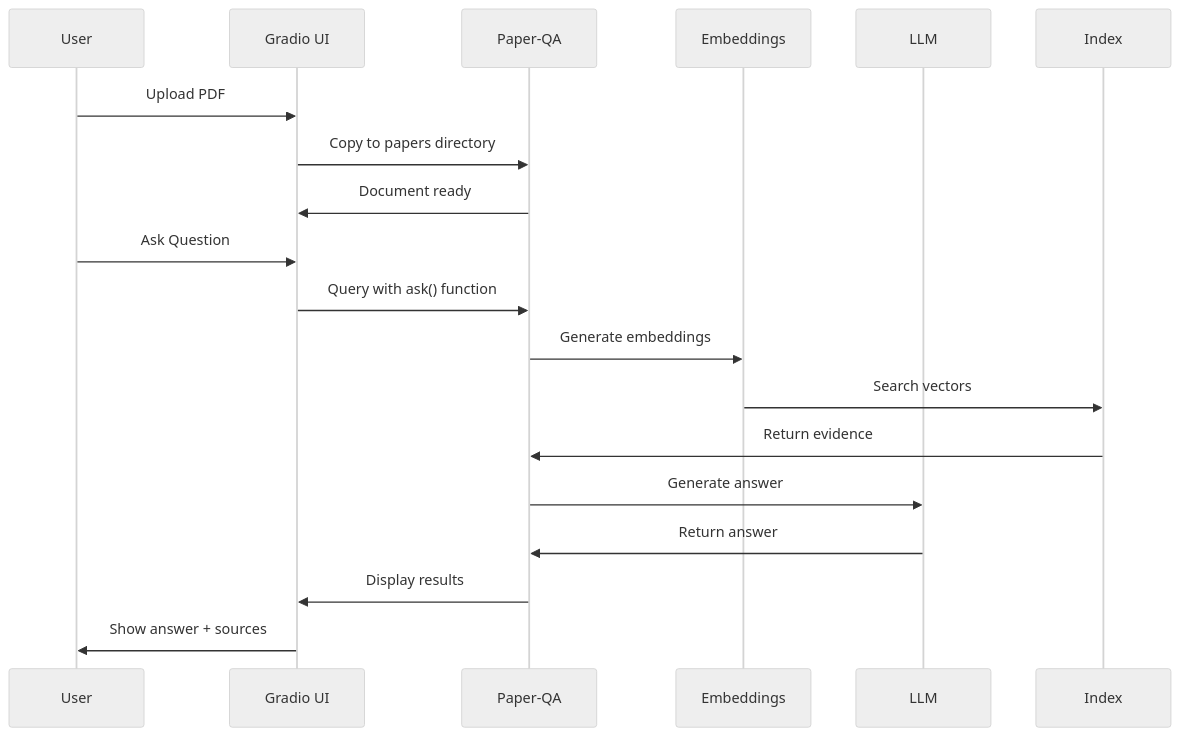
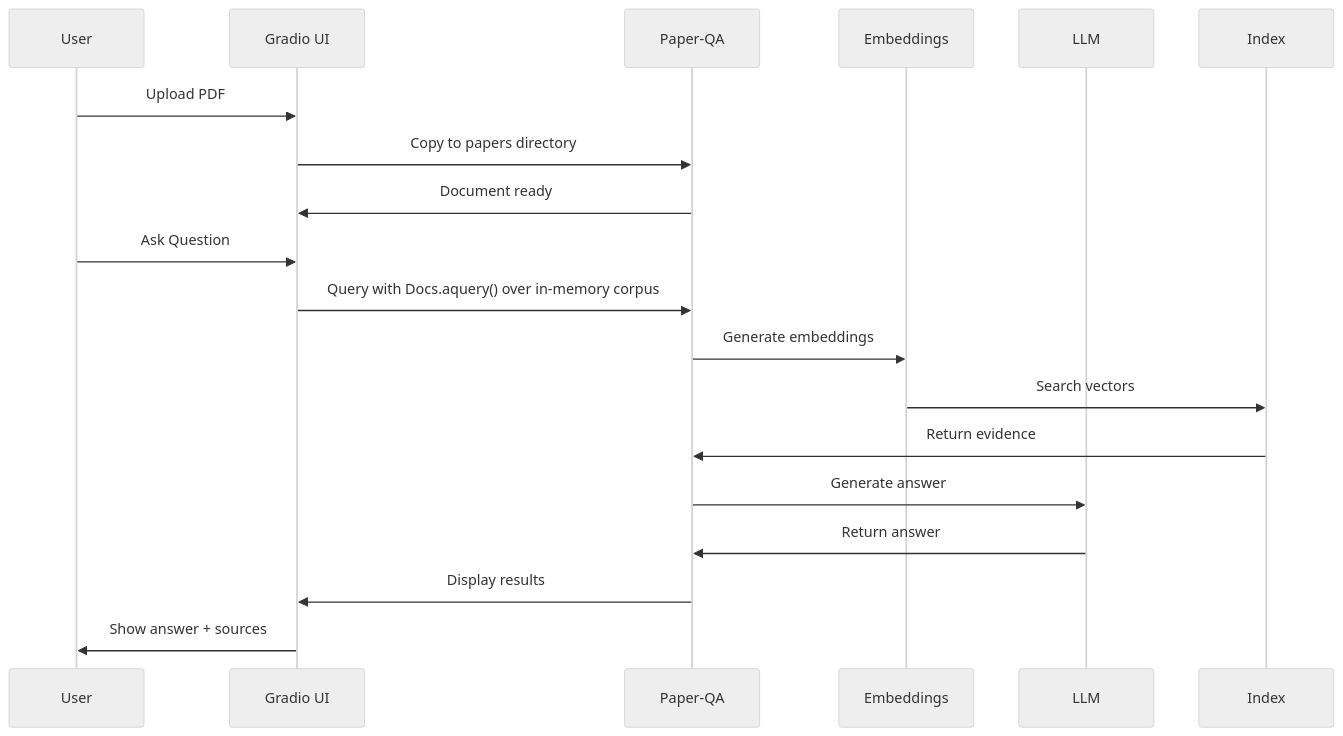
The second of 5 diagrams in DEVELOPER.md (usathyan/paper-qa-ui), drawn with Mermaid (neutral theme) before and after one commit. The commit also changed other lines of this file and 7 other files, not shown here.

````diff
--- a/DEVELOPER.md
+++ b/DEVELOPER.md
@@ -36,23 +36,23 @@
 ```mermaid
 sequenceDiagram
     participant U as User
     participant G as Gradio UI
     participant P as Paper-QA
     participant E as Embeddings
     participant L as LLM
     participant I as Index
     
     U->>G: Upload PDF
     G->>P: Copy to papers directory
     P->>G: Document ready
     
     U->>G: Ask Question
-    G->>P: Query with ask() function
+    G->>P: Query with Docs.aquery() over in-memory corpus
     P->>E: Generate embeddings
     E->>I: Search vectors
     I->>P: Return evidence
     P->>L: Generate answer
     L->>P: Return answer
     P->>G: Display results
     G->>U: Show answer + sources
 ```
````
